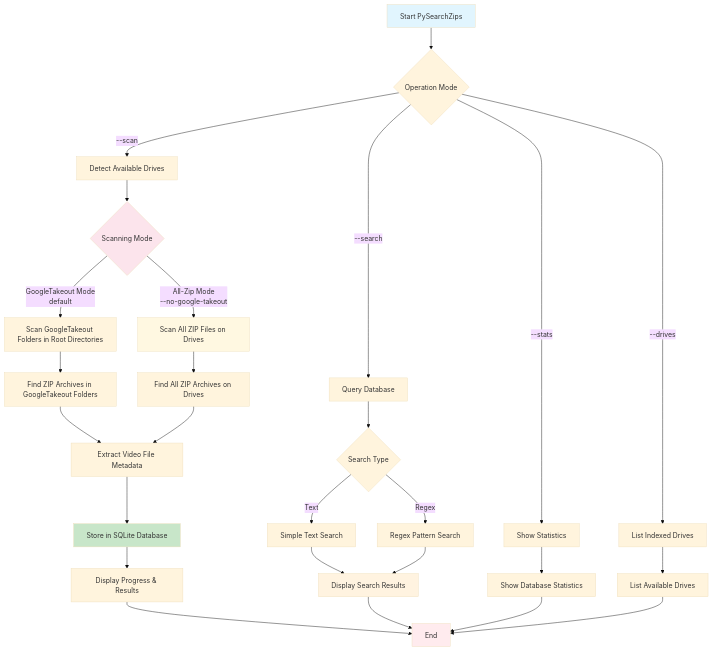
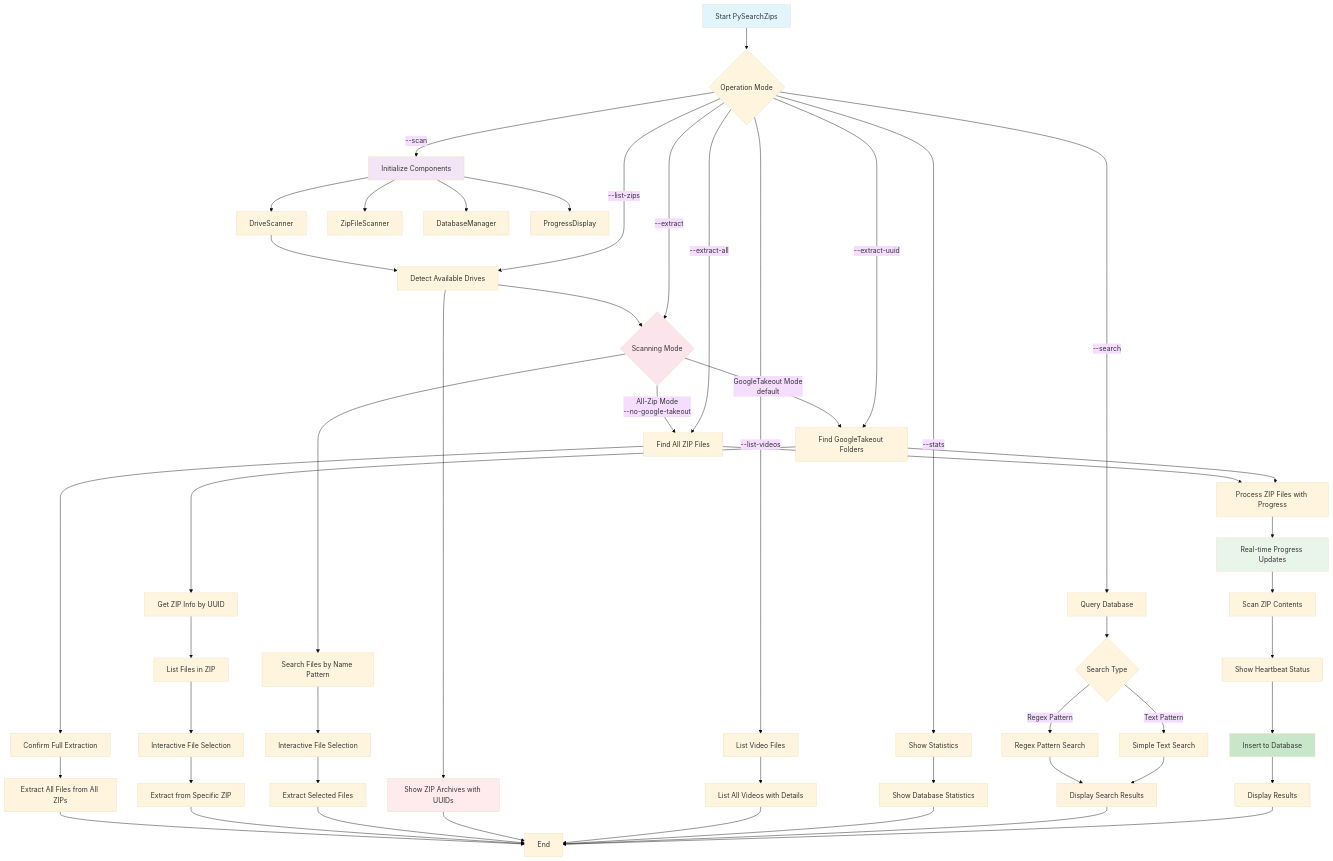
The first of 2 diagrams in README.md (cschladetsch/PySeachZips), drawn with Mermaid (base theme) before and after one commit. The commit also changed other lines of this file and 9 other files, not shown here.

````diff
--- a/README.md
+++ b/README.md
@@ -44,42 +44,71 @@
 ```mermaid
 flowchart TD
     A[Start PySearchZips] --> B{Operation Mode}
     
-    B -->|--scan| C[Detect Available Drives]
+    B -->|--scan| C[Initialize Components]
     B -->|--search| D[Query Database]
     B -->|--stats| E[Show Statistics]
-    B -->|--drives| F[List Indexed Drives]
+    B -->|--list-videos| F[List Video Files]
+    B -->|--list-zips| G[List ZIP Archives]
+    B -->|--extract| H[Extract Files by Name]
+    B -->|--extract-uuid| I[Extract by ZIP UUID]
+    B -->|--extract-all| J[Extract All Files]
     
-    C --> G{Scanning Mode}
-    G -->|GoogleTakeout Mode<br/>default| H[Scan GoogleTakeout Folders in Root Directories]
-    G -->|All-Zip Mode<br/>--no-google-takeout| I[Scan All ZIP Files on Drives]
+    C --> C1[DriveScanner]
+    C --> C2[ZipFileScanner]
+    C --> C3[DatabaseManager]
+    C --> C4[ProgressDisplay]
     
-    H --> J[Find ZIP Archives in GoogleTakeout Folders]
-    I --> K[Find All ZIP Archives on Drives]
+    C1 --> G[Detect Available Drives]
+    G --> H{Scanning Mode}
+    H -->|GoogleTakeout Mode<br/>default| I[Find GoogleTakeout Folders]
+    H -->|All-Zip Mode<br/>--no-google-takeout| J[Find All ZIP Files]
     
-    J --> L[Extract Video File Metadata]
-    K --> L
-    L --> M[Store in SQLite Database]
-    M --> N[Display Progress & Results]
+    I --> K[Process ZIP Files with Progress]
+    J --> K
     
-    D --> O{Search Type}
-    O -->|Text| P[Simple Text Search]
-    O -->|Regex| Q[Regex Pattern Search]
-    P --> R[Display Search Results]
-    Q --> R
+    K --> L[Real-time Progress Updates]
+    L --> M[Scan ZIP Contents]
+    M --> N[Show Heartbeat Status]
+    N --> O[Insert to Database]
+    O --> P[Display Results]
     
-    E --> S[Show Database Statistics]
-    F --> T[List Available Drives]
+    D --> Q{Search Type}
+    Q -->|Text Pattern| R[Simple Text Search]
+    Q -->|Regex Pattern| S[Regex Pattern Search]
+    R --> T[Display Search Results]
+    S --> T
     
-    N --> U[End]
-    R --> U
-    S --> U
-    T --> U
+    E --> U[Show Database Statistics]
+    F --> V[List All Videos with Details]
+    G --> W[Show ZIP Archives with UUIDs]
+    
+    H --> X[Search Files by Name Pattern]
+    X --> Y[Interactive File Selection]
+    Y --> Z[Extract Selected Files]
+    
+    I --> AA[Get ZIP Info by UUID]
+    AA --> BB[List Files in ZIP]
+    BB --> CC[Interactive File Selection]
+    CC --> DD[Extract from Specific ZIP]
+    
+    J --> EE[Confirm Full Extraction]
+    EE --> FF[Extract All Files from All ZIPs]
+    
+    P --> GG[End]
+    T --> GG
+    U --> GG
+    V --> GG
+    W --> GG
+    Z --> GG
+    DD --> GG
+    FF --> GG
     
     style A fill:#e1f5fe
-    style M fill:#c8e6c9
-    style R fill:#fff3e0
-    style U fill:#ffebee
-    style G fill:#fce4ec
-    style I fill:#fff8e1
+    style C fill:#f3e5f5
+    style O fill:#c8e6c9
+    style T fill:#fff3e0
+    style W fill:#ffebee
+    style H fill:#fce4ec
+    style L fill:#e8f5e8
 ```
````
